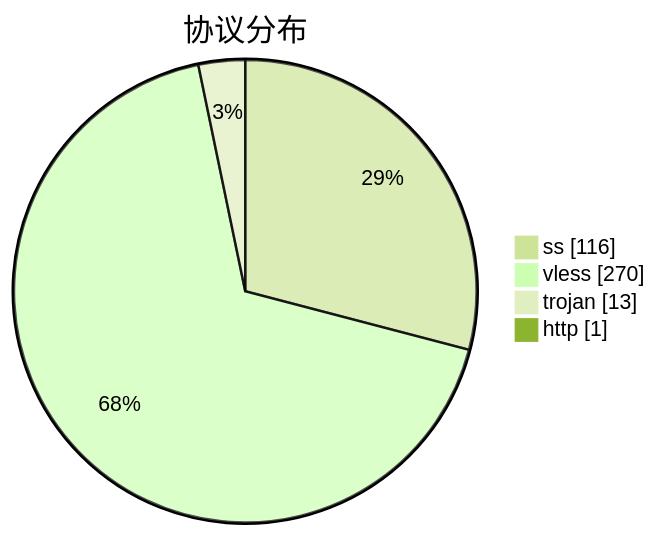
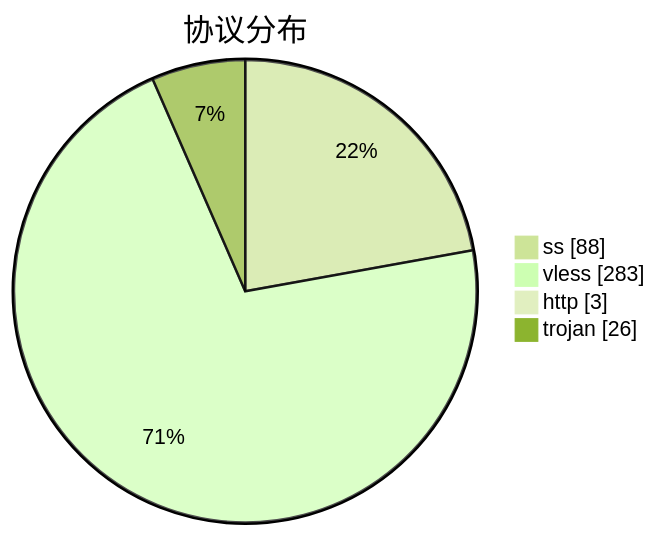
The third of 3 diagrams in subs/statistics/tested_within.md (qjlxg/airport), drawn with Mermaid (forest theme) before and after one commit. The commit also changed other lines of this file and 2 other files, not shown here.

````diff
--- a/subs/statistics/tested_within.md
+++ b/subs/statistics/tested_within.md
@@ -29,8 +31,8 @@
 ```mermaid
 pie showData
 title 协议分布
-"ss" : 116
-"vless" : 270
-"trojan" : 13
-"http" : 1
+"ss" : 88
+"vless" : 283
+"http" : 3
+"trojan" : 26
 ```
````
